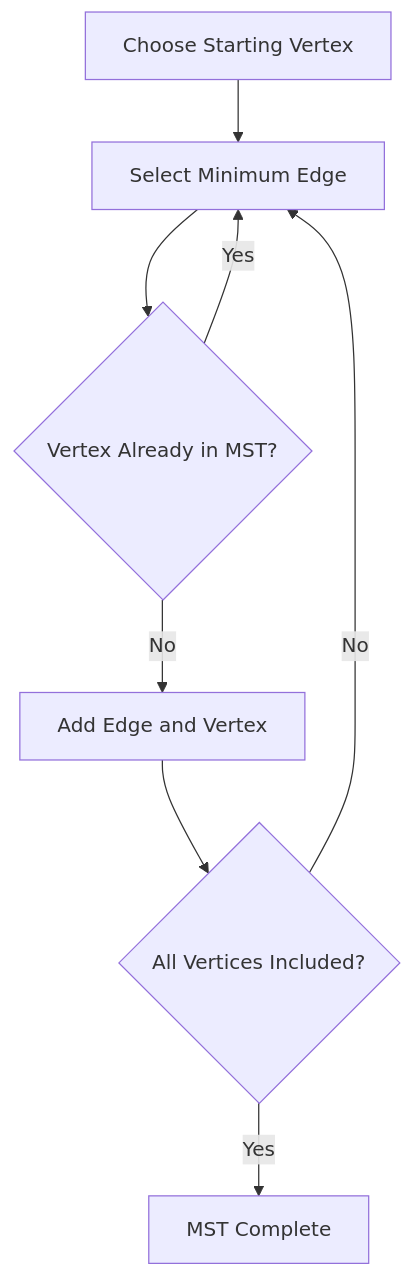
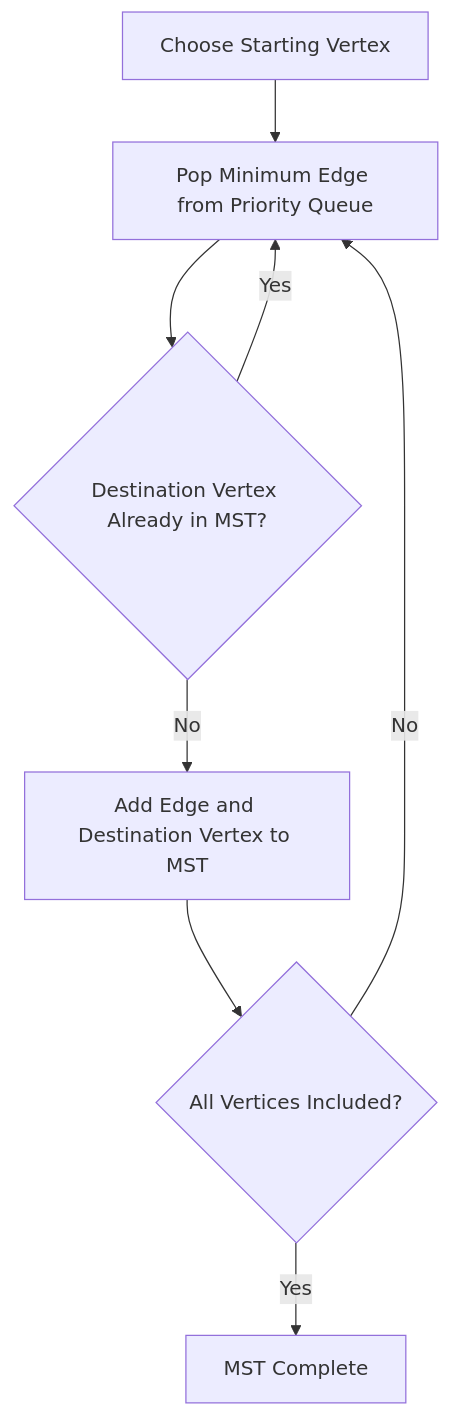
One commit to ajay-dhangar/algo changed the second of 3 diagrams in docs/extra/graphs/prims-algorithm.md. Above: the diagram before and after it, drawn with Mermaid.

Commit message:
Apply suggestion from @gemini-code-assist[bot]

````diff
--- a/docs/extra/graphs/prims-algorithm.md
+++ b/docs/extra/graphs/prims-algorithm.md
@@ -143,17 +143,17 @@
 ```mermaid
 flowchart TD
     Start[Choose Starting Vertex]
-    Select[Select Minimum Edge]
-    Check{Vertex Already in MST?}
-    Add[Add Edge and Vertex]
+    Select[Pop Minimum Edge from Priority Queue]
+    Check{Destination Vertex Already in MST?}
+    Add[Add Edge and Destination Vertex to MST]
     Done{All Vertices Included?}
     End[MST Complete]
 
     Start --> Select
     Select --> Check
     Check -->|No| Add
     Check -->|Yes| Select
     Add --> Done
     Done -->|No| Select
     Done -->|Yes| End
 ```
````
